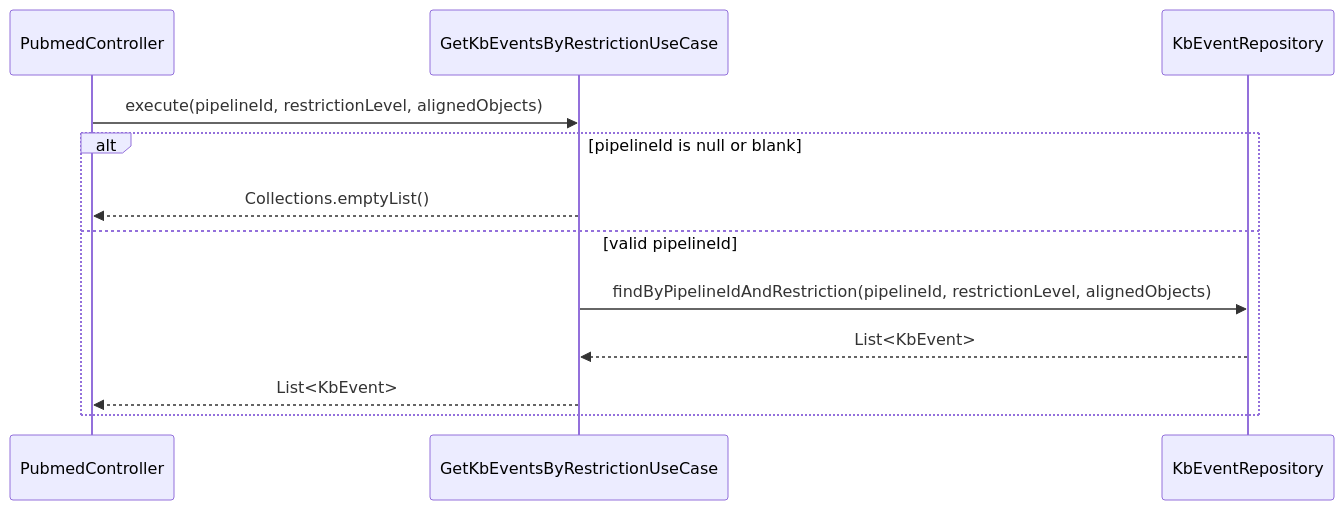
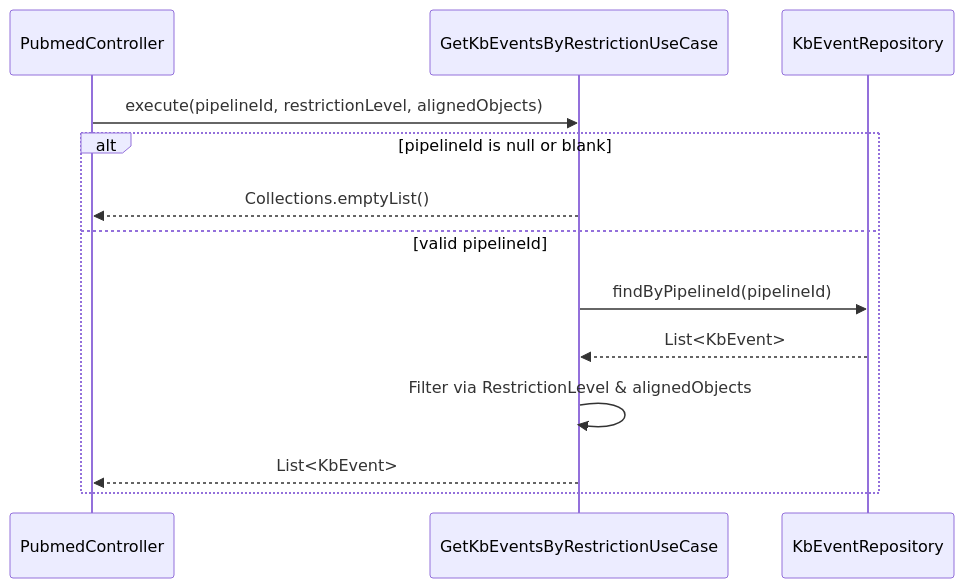
The diagram in .agents/use_cases/GetKbEventsByRestrictionUseCase.md (Biopatternsg-ms/pubmed-integration), drawn with Mermaid before and after one commit. The commit also changed other lines of this file and 48 other files, not shown here.

Commit message:
feat: encapsulate parameters in command objects for pipeline steps and knowledge base generation

````diff
--- a/.agents/use_cases/GetKbEventsByRestrictionUseCase.md
+++ b/.agents/use_cases/GetKbEventsByRestrictionUseCase.md
@@ -21,15 +22,16 @@
 ```mermaid
 sequenceDiagram
     participant C as PubmedController
     participant UC as GetKbEventsByRestrictionUseCase
     participant KER as KbEventRepository
 
     C->>UC: execute(pipelineId, restrictionLevel, alignedObjects)
     alt pipelineId is null or blank
         UC-->>C: Collections.emptyList()
     else valid pipelineId
-        UC->>KER: findByPipelineIdAndRestriction(pipelineId, restrictionLevel, alignedObjects)
+        UC->>KER: findByPipelineId(pipelineId)
         KER-->>UC: List<KbEvent>
+        UC->>UC: Filter via RestrictionLevel & alignedObjects
         UC-->>C: List<KbEvent>
     end
 ```
````
